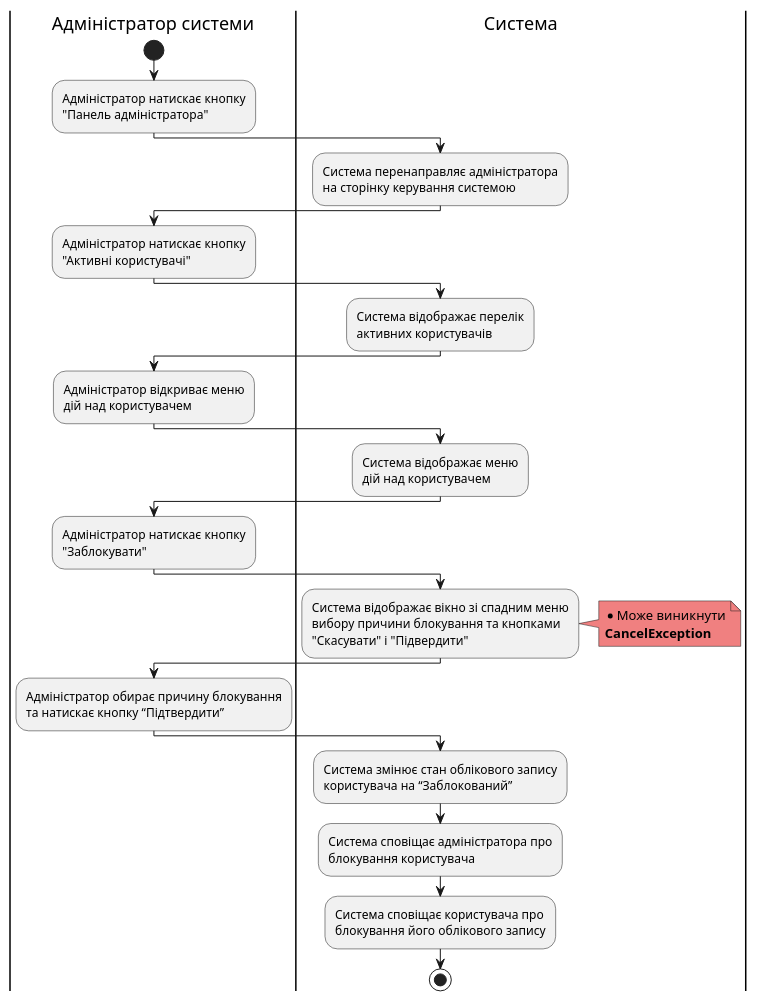
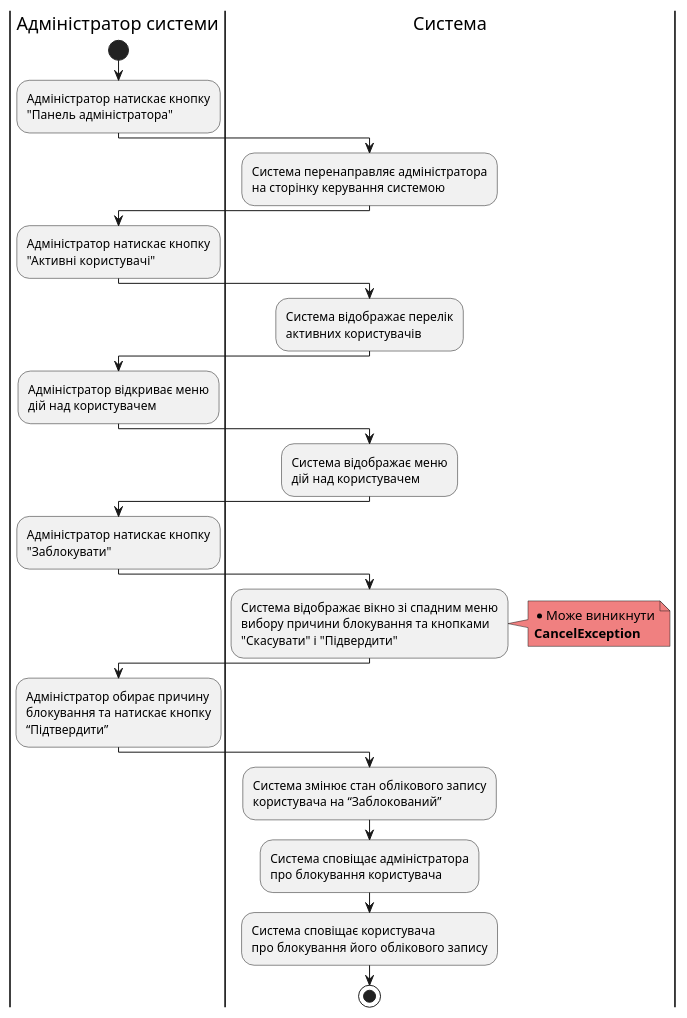
One commit to samoilenkomariia/db-coursework changed the seventh of 9 diagrams in docs/use cases/README.md. Above: the diagram before and after it, drawn with PlantUML. The commit also changed other lines of this file, not shown here.

```diff
--- a/docs/use cases/README.md
+++ b/docs/use cases/README.md
@@ -268,32 +268,32 @@
 @startuml
       
       |Адміністратор системи|
       start
       :Адміністратор натискає кнопку\n"Панель адміністратора";
       |Система|
       :Система перенаправляє адміністратора\nна сторінку керування системою;
       |Адміністратор системи|
       :Адміністратор натискає кнопку\n"Активні користувачі";
       |Система|
       :Система відображає перелік\nактивних користувачів;
       |Адміністратор системи|
       :Адміністратор відкриває меню\nдій над користувачем;
       |Система|
       :Система відображає меню\nдій над користувачем;
       |Адміністратор системи|
       :Адміністратор натискає кнопку\n"Заблокувати";
       |Система|
       :Система відображає вікно зі спадним меню\nвибору причини блокування та кнопками\n"Скасувати" і "Підвердити";
       note right #lightcoral
         * Може виникнути
         <b>CancelException</b>
       end note
       |Адміністратор системи|
-      :Адміністратор обирає причину блокування\nта натискає кнопку “Підтвердити”;
+      :Адміністратор обирає причину\nблокування та натискає кнопку\n“Підтвердити”;
       |Система|
       :Система змінює стан облікового запису\nкористувача на “Заблокований”;
-      :Система сповіщає адміністратора про\nблокування користувача;
-      :Система сповіщає користувача про\nблокування його облікового запису;
+      :Система сповіщає адміністратора\nпро блокування користувача;
+      :Система сповіщає користувача\nпро блокування його облікового запису;
       stop
 
 @enduml
```
